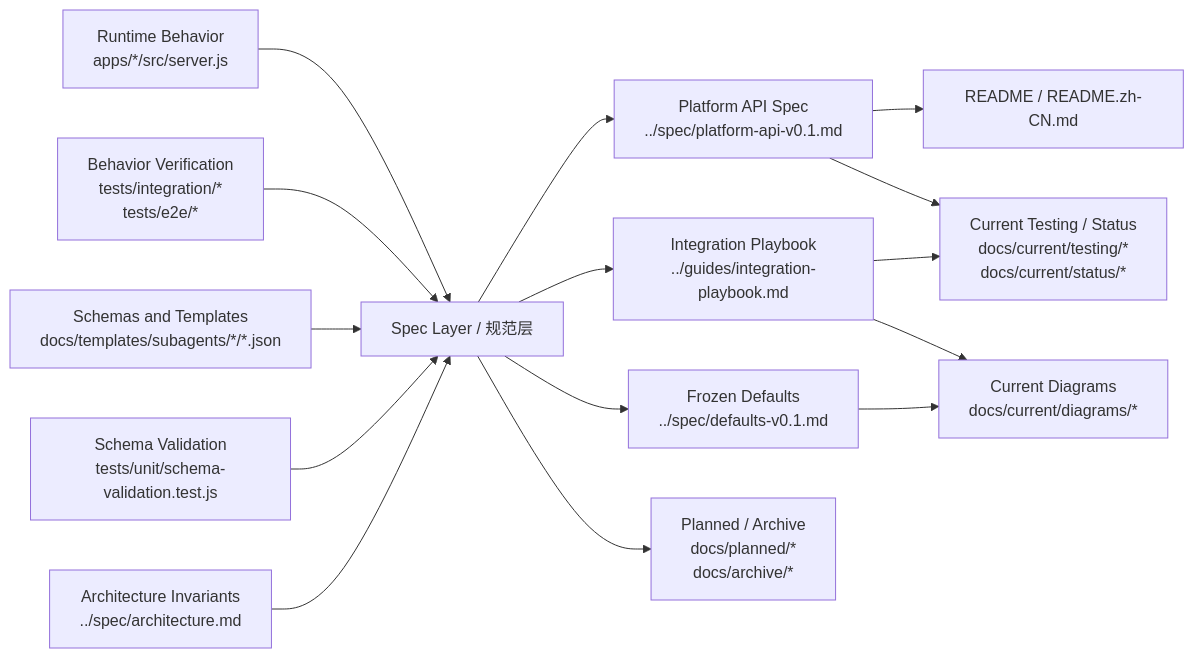
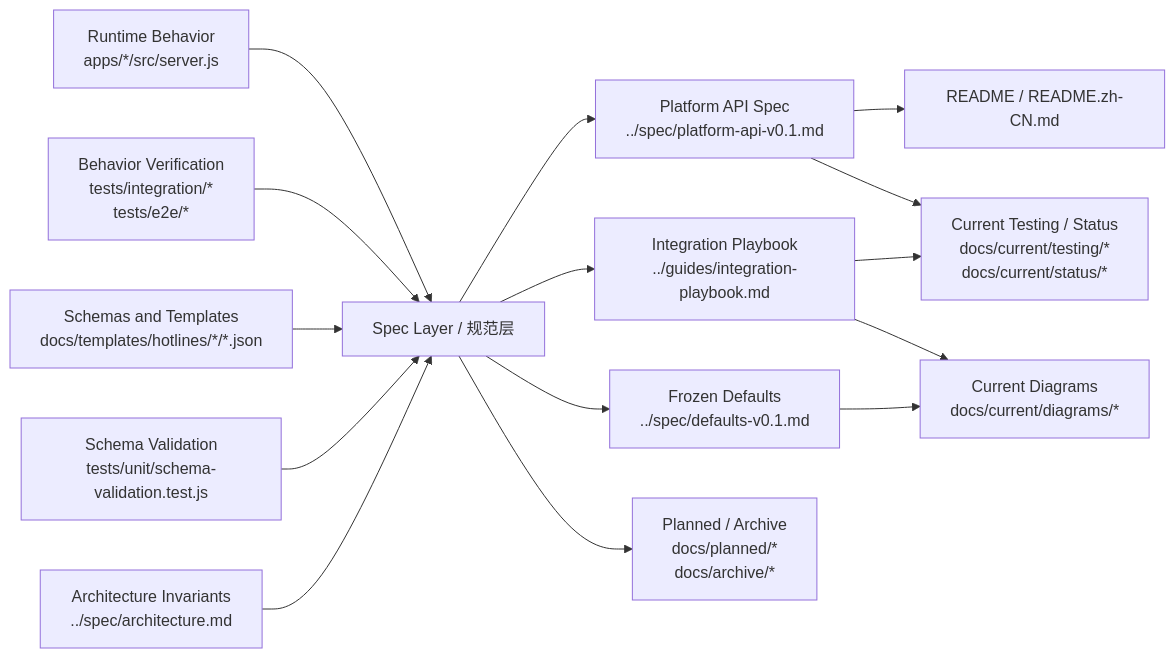
Before and after one commit to hejiajiudeeyu/delegated-execution-protocol: the diagram in docs/current/diagrams/doc-truth-source-map.md, drawn with Mermaid. The commit also changed other lines of this file and 110 other files, not shown here.

````diff
--- a/docs/current/diagrams/doc-truth-source-map.md
+++ b/docs/current/diagrams/doc-truth-source-map.md
@@ -13,19 +13,19 @@
 ```mermaid
 flowchart LR
     C["Runtime Behavior<br/>apps/*/src/server.js"] --> S["Spec Layer / 规范层"]
     T["Behavior Verification<br/>tests/integration/*<br/>tests/e2e/*"] --> S
-    J["Schemas and Templates<br/>docs/templates/subagents/*/*.json"] --> S
+    J["Schemas and Templates<br/>docs/templates/hotlines/*/*.json"] --> S
     U["Schema Validation<br/>tests/unit/schema-validation.test.js"] --> S
     A["Architecture Invariants<br/>../spec/architecture.md"] --> S
 
     S --> P["Platform API Spec<br/>../spec/platform-api-v0.1.md"]
     S --> I["Integration Playbook<br/>../guides/integration-playbook.md"]
     S --> D["Frozen Defaults<br/>../spec/defaults-v0.1.md"]
 
     P --> R["README / README.zh-CN.md"]
     I --> G["Current Diagrams<br/>docs/current/diagrams/*"]
     D --> G
     P --> K["Current Testing / Status<br/>docs/current/testing/*<br/>docs/current/status/*"]
     I --> K
     S --> N["Planned / Archive<br/>docs/planned/*<br/>docs/archive/*"]
 ```
````
